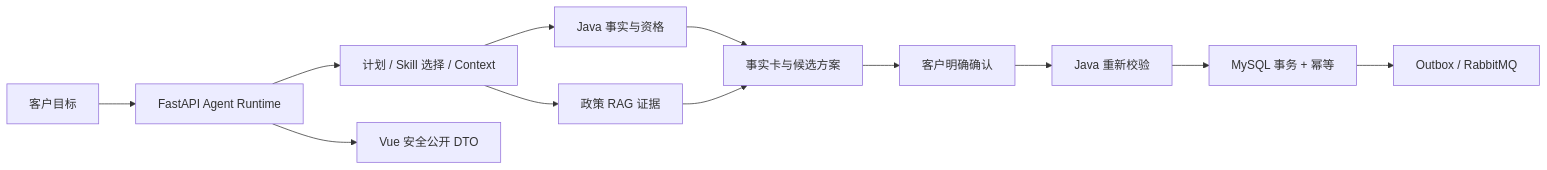
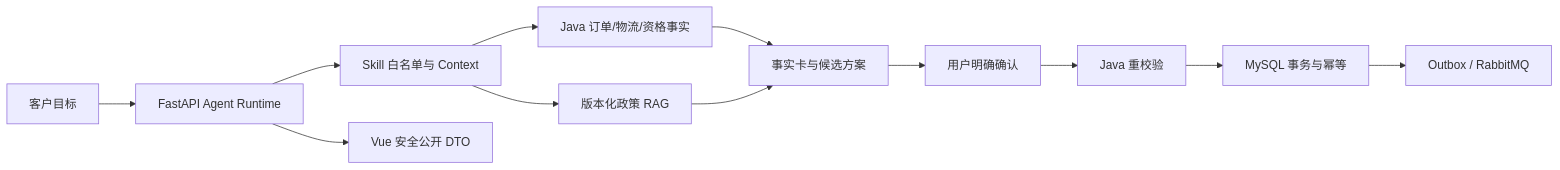
Before and after one commit to Eleven617/mall-ai-after-sales-platform: the diagram in README.md, drawn with Mermaid. The commit also changed other lines of this file and 28 other files, not shown here.

````diff
--- a/README.md
+++ b/README.md
@@ -28,14 +20,14 @@
 ```mermaid
 flowchart LR
   U[客户目标] --> R[FastAPI Agent Runtime]
-  R --> P[计划 / Skill 选择 / Context]
-  P --> F[Java 事实与资格]
-  P --> G[政策 RAG 证据]
-  F --> A[事实卡与候选方案]
-  G --> A
-  A --> C[客户明确确认]
-  C --> V[Java 重新校验]
-  V --> T[MySQL 事务 + 幂等]
+  R --> S[Skill 白名单与 Context]
+  S --> F[Java 订单/物流/资格事实]
+  S --> G[版本化政策 RAG]
+  F --> P[事实卡与候选方案]
+  G --> P
+  P --> C[用户明确确认]
+  C --> V[Java 重校验]
+  V --> T[MySQL 事务与幂等]
   T --> O[Outbox / RabbitMQ]
   R --> W[Vue 安全公开 DTO]
 ```
````
